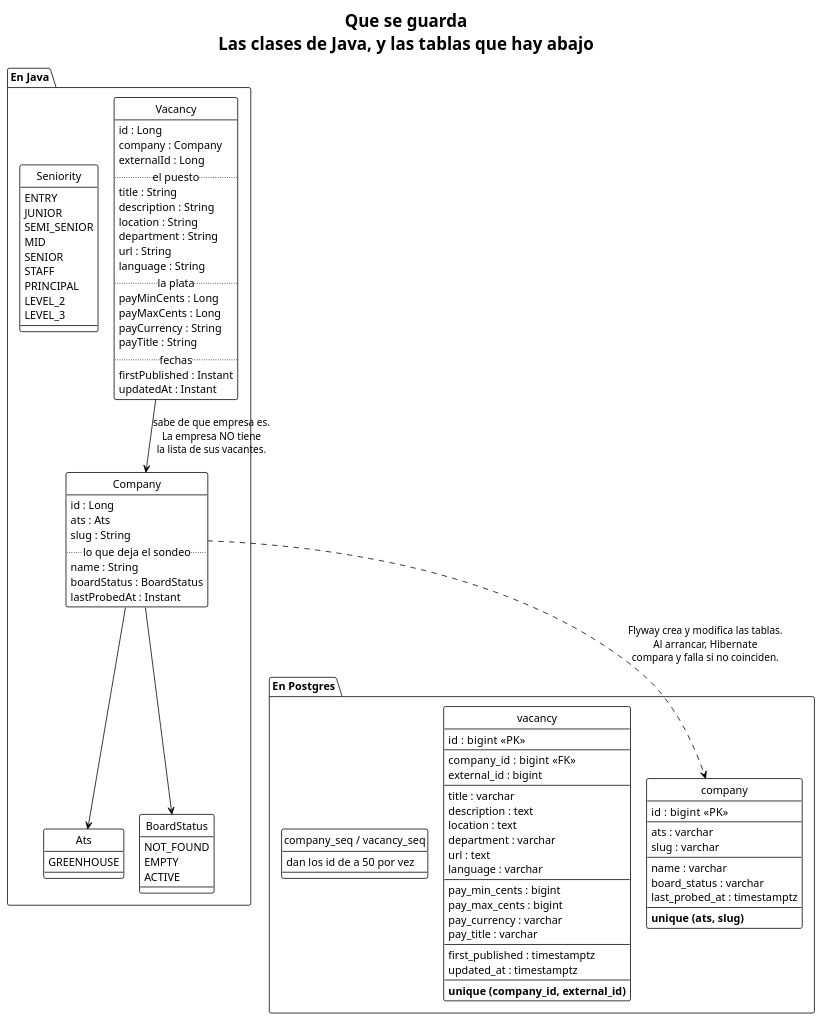
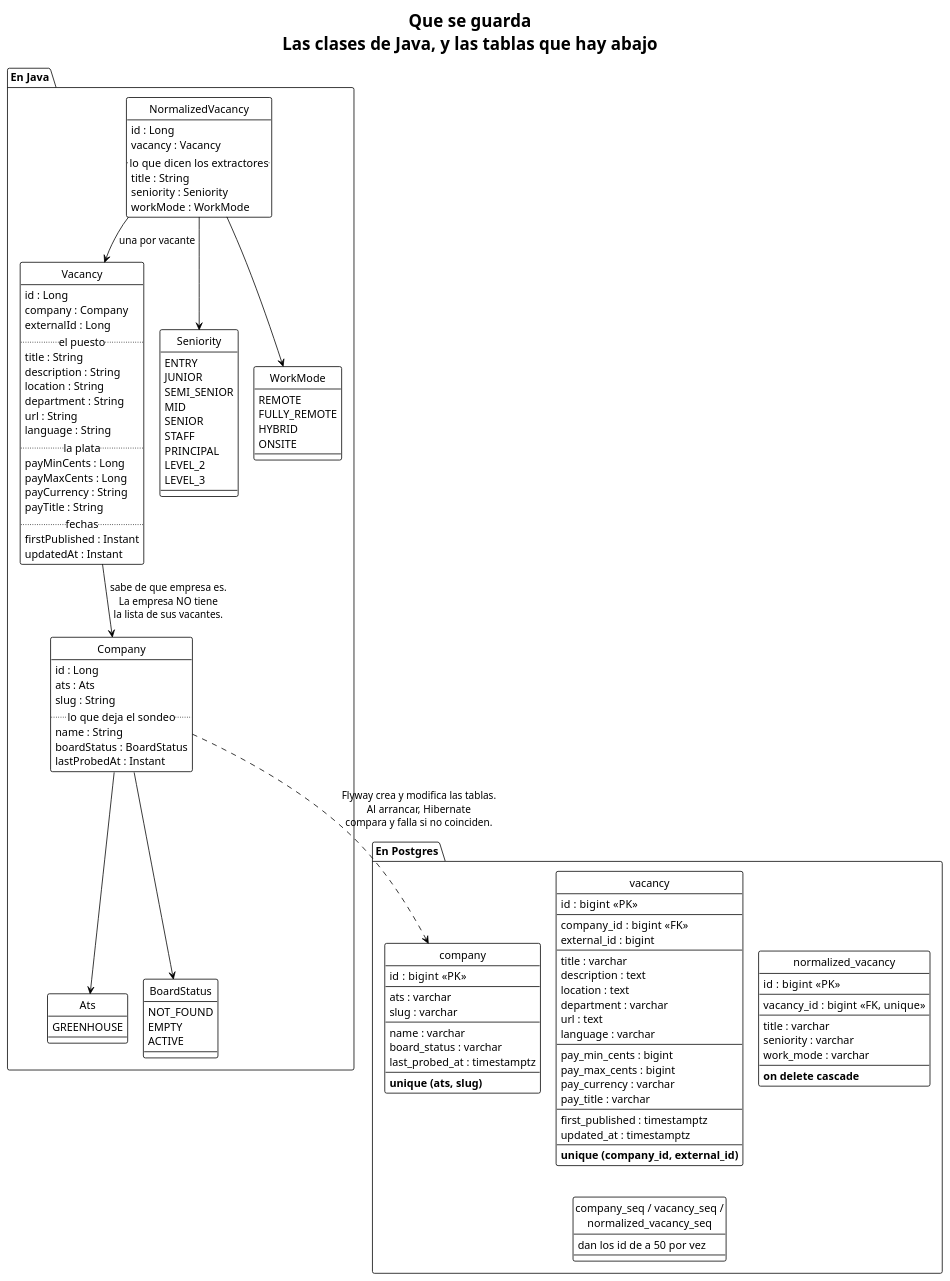
One commit to EliasNAires/oneprofile changed the diagram in docs/para-humanos/diagramas/modelo-de-datos.puml. Above: the diagram before and after it, drawn with PlantUML. The commit also changed 20 other files, not shown here.

```diff
--- a/docs/para-humanos/diagramas/modelo-de-datos.puml
+++ b/docs/para-humanos/diagramas/modelo-de-datos.puml
@@ -1,117 +1,148 @@
 @startuml modelo-de-datos
 !theme plain
 title Que se guarda\nLas clases de Java, y las tablas que hay abajo
 
 skinparam shadowing false
 skinparam nodesep 20
 skinparam ranksep 40
 hide circle
 
 package "En Java" {
 
   class Company {
     id : Long
     ats : Ats
     slug : String
     .. lo que deja el sondeo ..
     name : String
     boardStatus : BoardStatus
     lastProbedAt : Instant
   }
 
   class Vacancy {
     id : Long
     company : Company
     externalId : Long
     .. el puesto ..
     title : String
     description : String
     location : String
     department : String
     url : String
     language : String
     .. la plata ..
     payMinCents : Long
     payMaxCents : Long
     payCurrency : String
     payTitle : String
     .. fechas ..
     firstPublished : Instant
     updatedAt : Instant
   }
 
+  class NormalizedVacancy {
+    id : Long
+    vacancy : Vacancy
+    .. lo que dicen los extractores ..
+    title : String
+    seniority : Seniority
+    workMode : WorkMode
+  }
+
   enum Ats {
     GREENHOUSE
   }
 
   enum BoardStatus {
     NOT_FOUND
     EMPTY
     ACTIVE
   }
 
   enum Seniority {
     ENTRY
     JUNIOR
     SEMI_SENIOR
     MID
     SENIOR
     STAFF
     PRINCIPAL
     LEVEL_2
     LEVEL_3
   }
 
+  enum WorkMode {
+    REMOTE
+    FULLY_REMOTE
+    HYBRID
+    ONSITE
+  }
+
   Company --> Ats
   Company --> BoardStatus
   Vacancy --> Company : sabe de que empresa es.\nLa empresa NO tiene\nla lista de sus vacantes.
+  NormalizedVacancy --> Vacancy : una por vacante
+  NormalizedVacancy --> Seniority
+  NormalizedVacancy --> WorkMode
 }
 
 package "En Postgres" {
 
   entity "company" as tc {
     id : bigint  <<PK>>
     --
     ats : varchar
     slug : varchar
     --
     name : varchar
     board_status : varchar
     last_probed_at : timestamptz
     --
     **unique (ats, slug)**
   }
 
   entity "vacancy" as tv {
     id : bigint  <<PK>>
     --
     company_id : bigint  <<FK>>
     external_id : bigint
     --
     title : varchar
     description : text
     location : text
     department : varchar
     url : text
     language : varchar
     --
     pay_min_cents : bigint
     pay_max_cents : bigint
     pay_currency : varchar
     pay_title : varchar
     --
     first_published : timestamptz
     updated_at : timestamptz
     --
     **unique (company_id, external_id)**
   }
 
-  entity "company_seq / vacancy_seq" as s {
+  entity "normalized_vacancy" as tn {
+    id : bigint  <<PK>>
+    --
+    vacancy_id : bigint  <<FK, unique>>
+    --
+    title : varchar
+    seniority : varchar
+    work_mode : varchar
+    --
+    **on delete cascade**
+  }
+
+  entity "company_seq / vacancy_seq /\nnormalized_vacancy_seq" as s {
     dan los id de a 50 por vez
   }
 
 }
 
 Company ..> tc : Flyway crea y modifica las tablas.\nAl arrancar, Hibernate\ncompara y falla si no coinciden.
 
 @enduml
```
